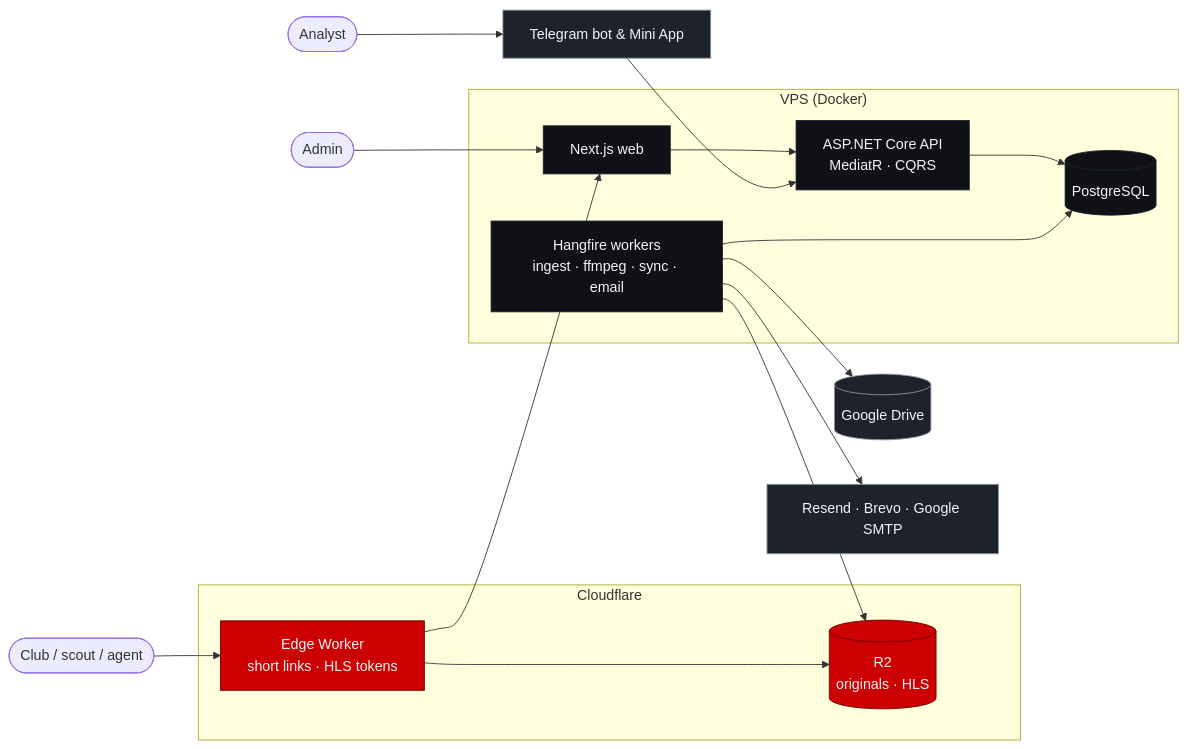
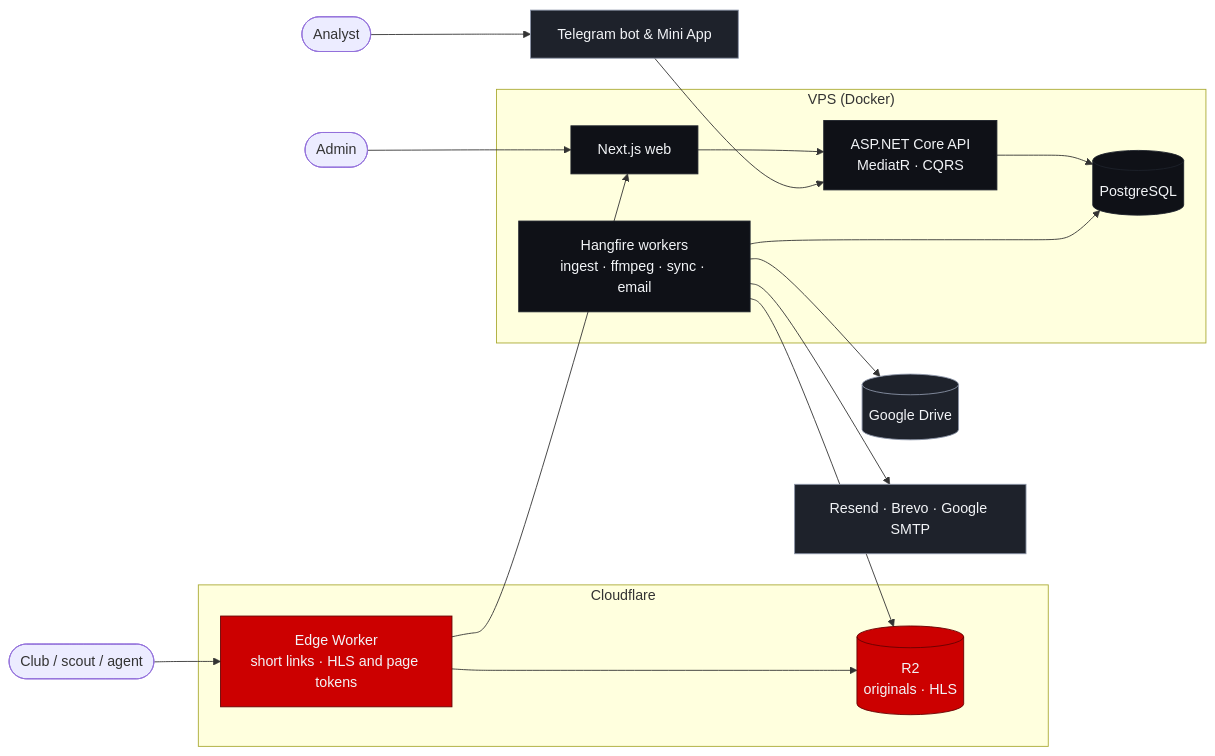
Before and after one commit to Mohammadreza0083/SS-SPORT-Drive: the diagram in README.md, drawn with Mermaid. The commit also changed other lines of this file and 2 other files, not shown here.

````diff
--- a/README.md
+++ b/README.md
@@ -45,32 +45,32 @@
 ```mermaid
 flowchart LR
     classDef edge fill:#CC0000,stroke:#660000,color:#F2F4F7
     classDef app fill:#0F1117,stroke:#1E222B,color:#F2F4F7
     classDef ext fill:#1E222B,stroke:#8A93A6,color:#F2F4F7
 
     Viewer([Club / scout / agent]) --> Edge
     Admin([Admin]) --> Web
     Analyst([Analyst]) --> TG[Telegram bot & Mini App]:::ext
 
     subgraph Cloudflare
-        Edge[Edge Worker<br/>short links · HLS tokens]:::edge
+        Edge[Edge Worker<br/>short links · HLS and page tokens]:::edge
         R2[(R2<br/>originals · HLS)]:::edge
     end
 
     subgraph VPS["VPS (Docker)"]
         Web[Next.js web]:::app
         Api[ASP.NET Core API<br/>MediatR · CQRS]:::app
         Workers[Hangfire workers<br/>ingest · ffmpeg · sync · email]:::app
         Db[(PostgreSQL)]:::app
     end
 
     Edge --> Web
     Edge --> R2
     Web --> Api
     TG --> Api
     Api --> Db
     Workers --> Db
     Workers --> R2
     Workers --> Drive[(Google Drive)]:::ext
     Workers --> Mail[Resend · Brevo · Google SMTP]:::ext
 ```
````
